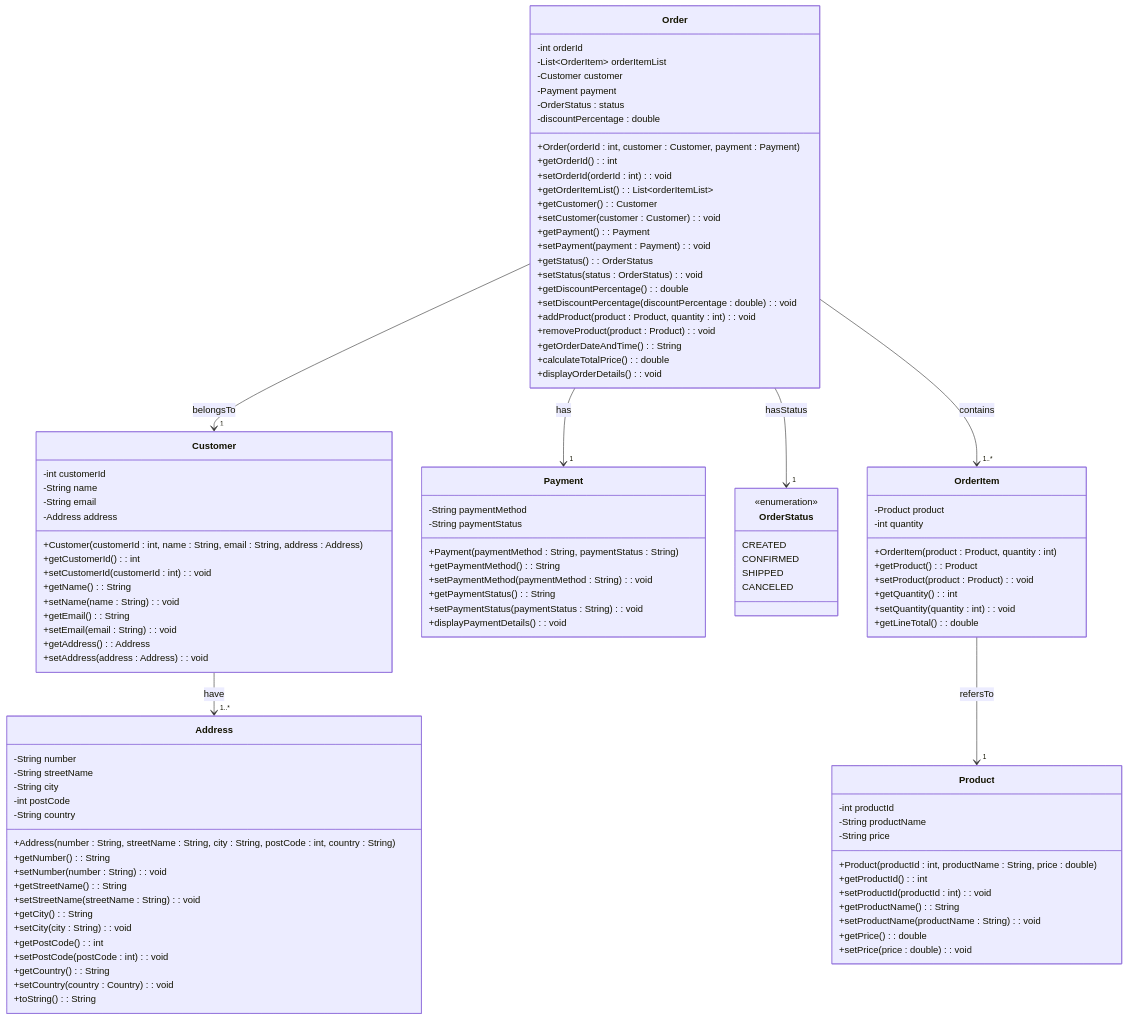
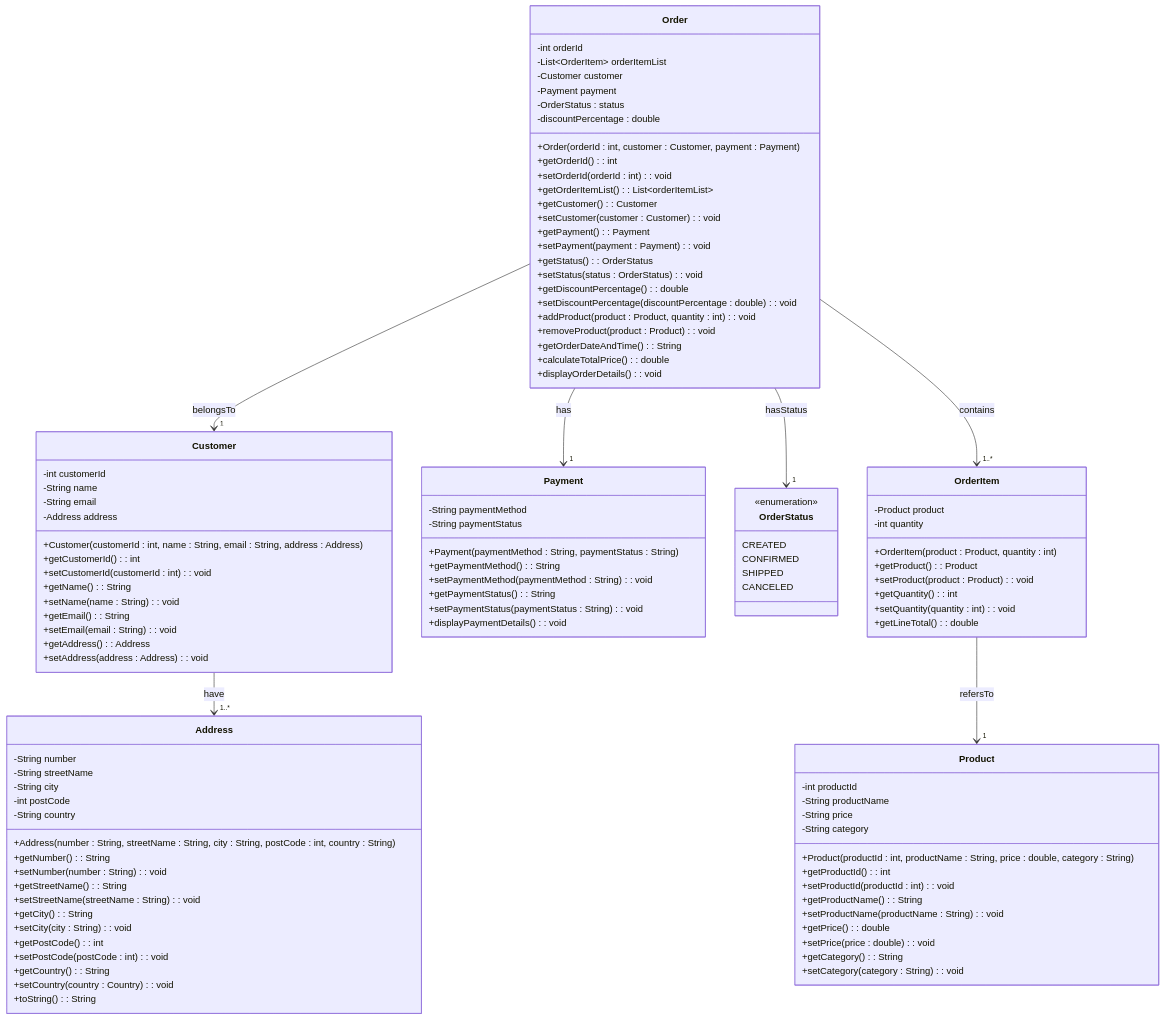
One commit to SangeethaNachimuthu/SimpleOnlineShop changed the diagram in uml-class-diagram.md. Above: the diagram before and after it, drawn with Mermaid. The commit also changed 4 other files, not shown here.

```diff
--- a/uml-class-diagram.md
+++ b/uml-class-diagram.md
@@ -19,13 +19,16 @@
         -int productId
         -String productName
         -String price
-        +Product(productId : int, productName : String, price : double)
+        -String category
+        +Product(productId : int, productName : String, price : double, category : String)
         +getProductId() : int
         +setProductId(productId : int) : void
         +getProductName() : String
         +setProductName(productName : String) : void
         +getPrice() : double
         +setPrice(price : double) : void
+        +getCategory() : String
+        +setCategory(category : String) : void
     }
     class Order {
         -int orderId
```
